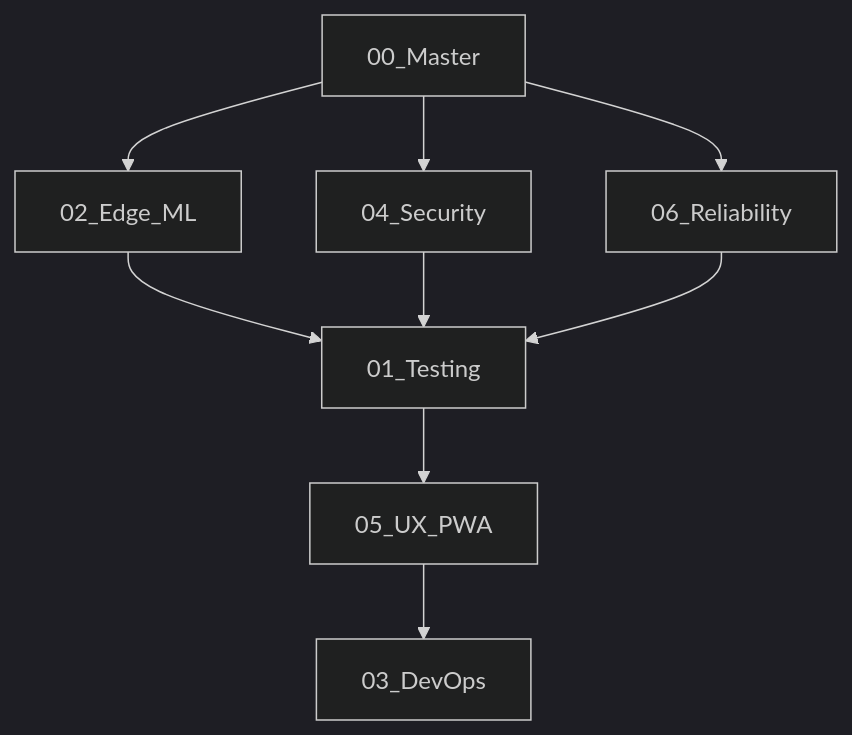
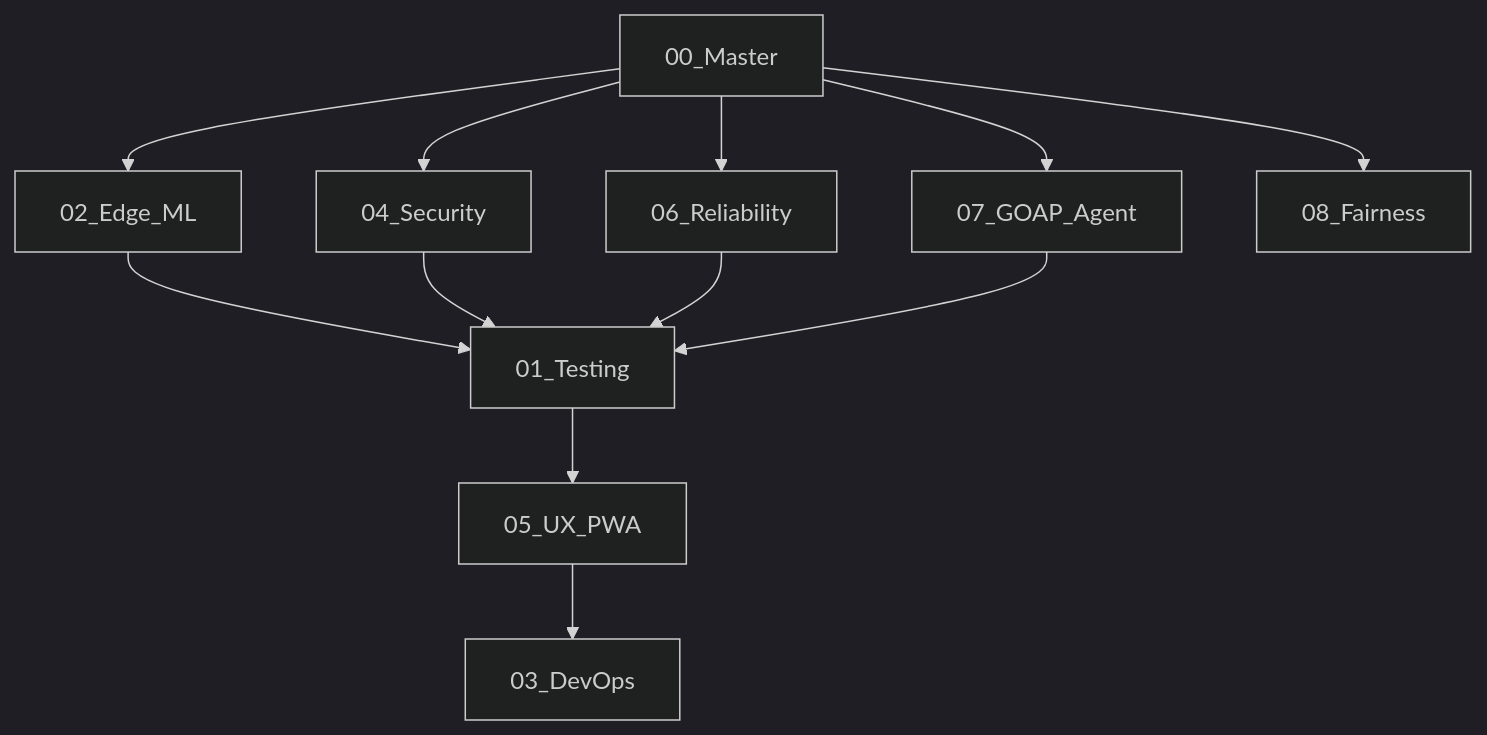
Before and after one commit to do-ops885/dermatology-goap-orchestrator: the diagram in plans/00_master_orchestration.md, drawn with Mermaid (dark theme). The commit also changed other lines of this file and 15 other files, not shown here.

First line of the commit message:
feat: Introduce `goap-agent` as the orchestrator for clinical pipeline

````diff
--- a/plans/00_master_orchestration.md
+++ b/plans/00_master_orchestration.md
@@ -23,11 +26,14 @@
 ```mermaid
 graph TD
     A[00_Master] --> D[02_Edge_ML]
     A --> E[04_Security]
     A --> G[06_Reliability]
+    A --> J[07_GOAP_Agent]
+    A --> H[08_Fairness]
     D --> C[01_Testing]
     E --> C
     G --> C
+    J --> C[01_Testing]
     C --> F[05_UX_PWA]
     F --> B[03_DevOps]
 ```
````
